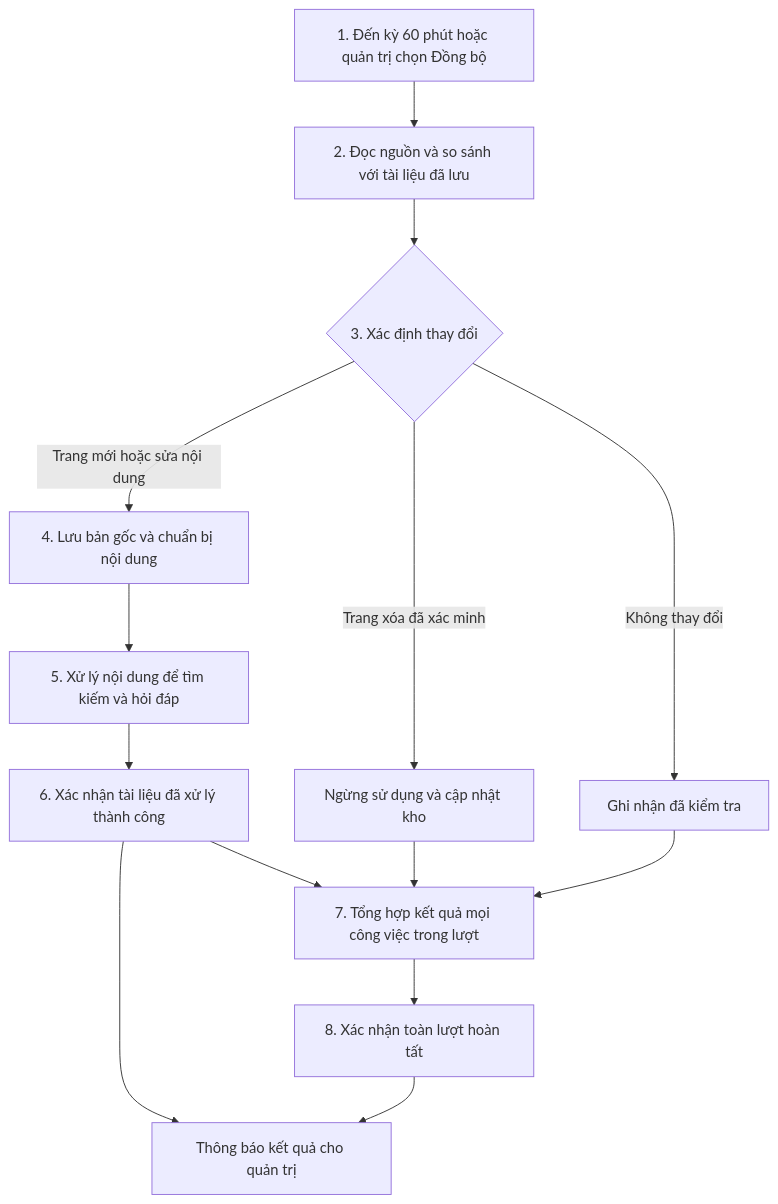
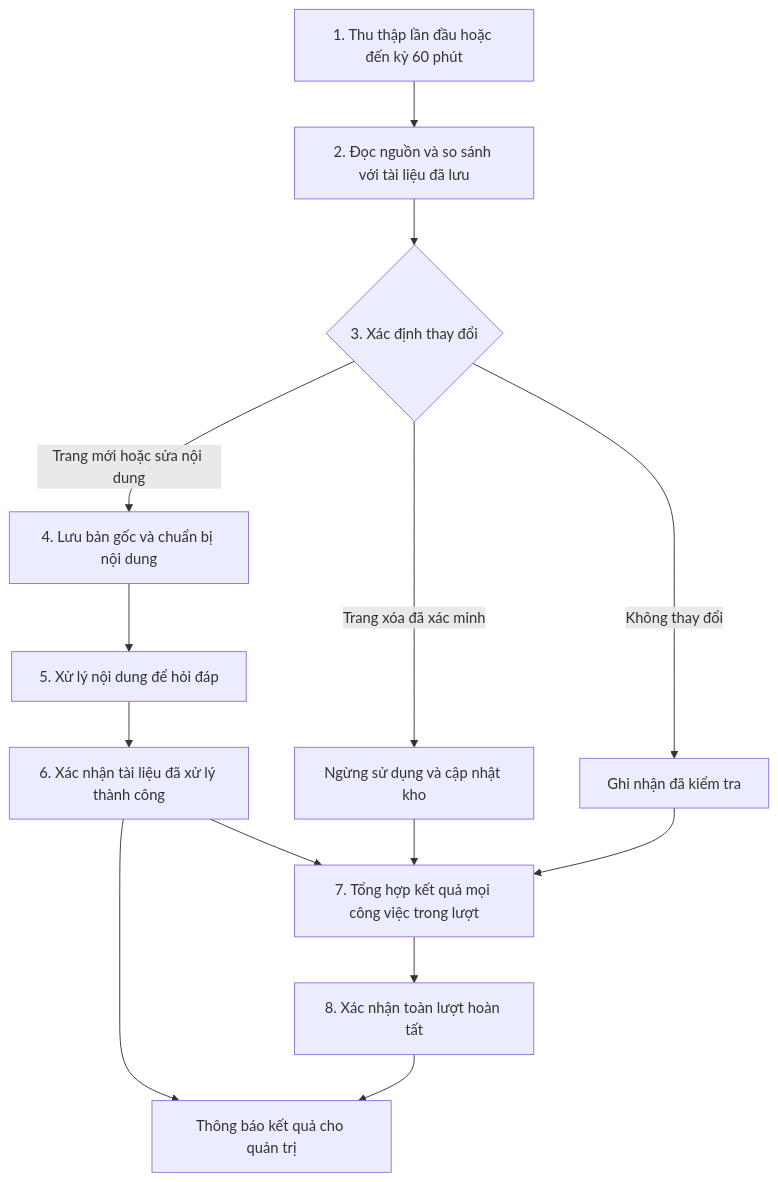
One commit to 21tuoino12trieu/Do-An-Ki-Su changed the diagram in docs/requirements.md. Above: the diagram before and after it, drawn with Mermaid. The commit also changed other lines of this file and 13 other files, not shown here.

````diff
--- a/docs/requirements.md
+++ b/docs/requirements.md
@@ -562,16 +347,16 @@
 ```mermaid
 flowchart TD
-    A["1. Đến kỳ 60 phút hoặc quản trị chọn Đồng bộ"] --> B["2. Đọc nguồn và so sánh với tài liệu đã lưu"]
+    A["1. Thu thập lần đầu hoặc đến kỳ 60 phút"] --> B["2. Đọc nguồn và so sánh với tài liệu đã lưu"]
     B --> C{"3. Xác định thay đổi"}
     C -->|"Trang mới hoặc sửa nội dung"| D["4. Lưu bản gốc và chuẩn bị nội dung"]
-    D --> E["5. Xử lý nội dung để tìm kiếm và hỏi đáp"]
+    D --> E["5. Xử lý nội dung để hỏi đáp"]
     E --> F["6. Xác nhận tài liệu đã xử lý thành công"]
     F --> K["Thông báo kết quả cho quản trị"]
     C -->|"Trang xóa đã xác minh"| G["Ngừng sử dụng và cập nhật kho"]
     C -->|"Không thay đổi"| H["Ghi nhận đã kiểm tra"]
     F --> I["7. Tổng hợp kết quả mọi công việc trong lượt"]
     G --> I
     H --> I
     I --> J["8. Xác nhận toàn lượt hoàn tất"]
     J --> K
 ```
````
